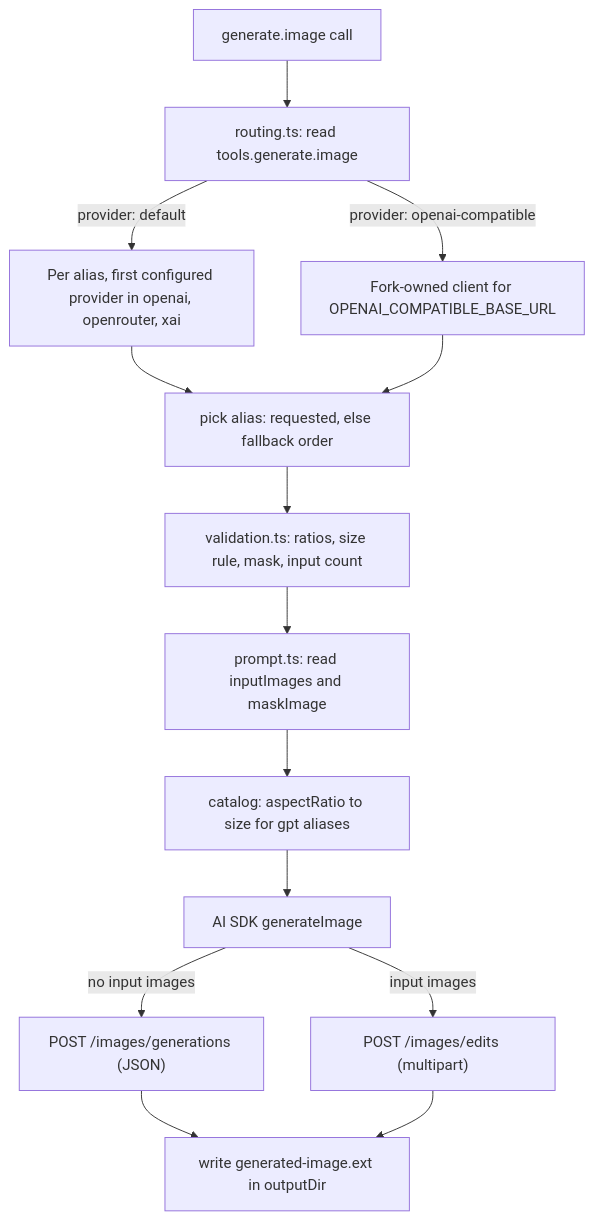
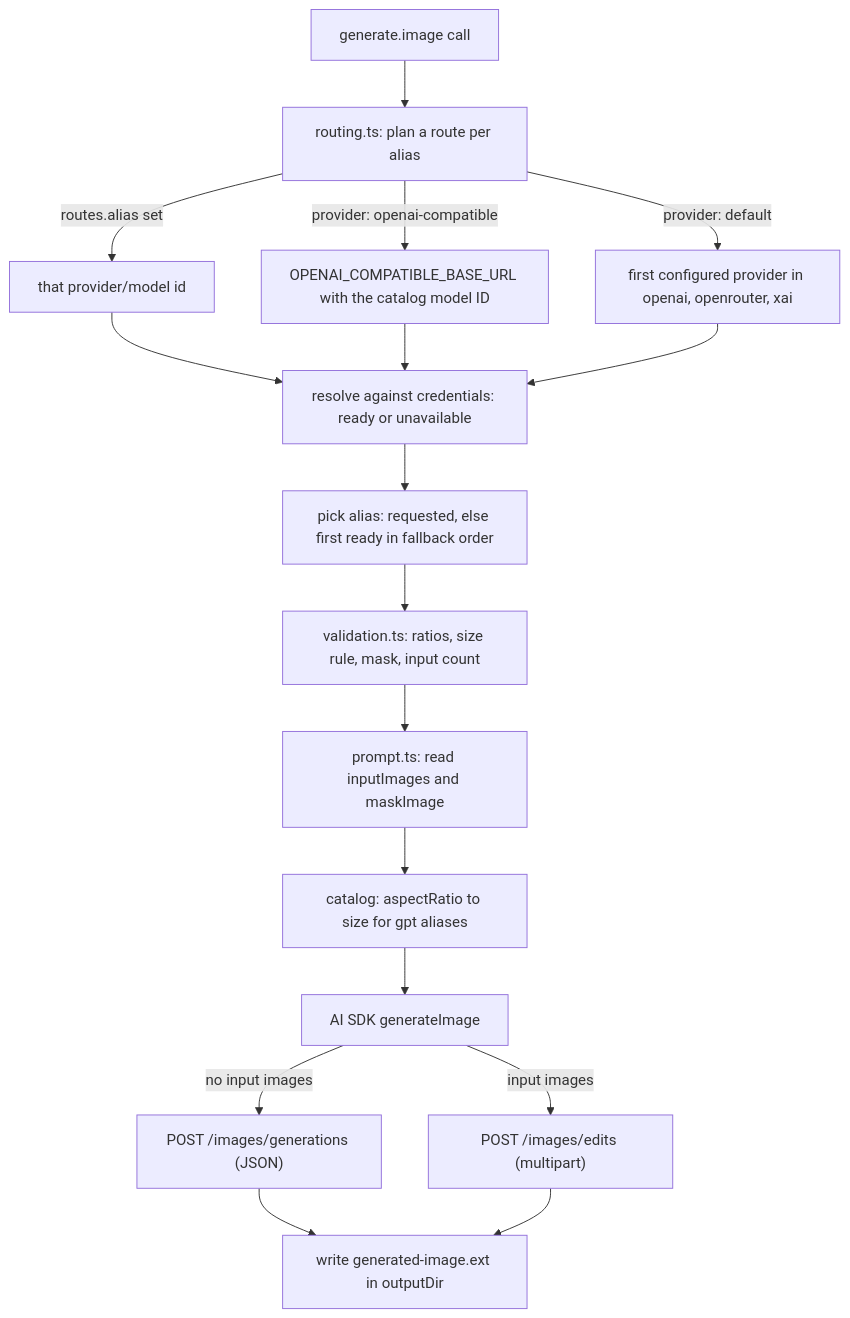
One commit to DF-wu/lilac-mono changed the diagram in docs/generate-image-openai-compatible.md. Above: the diagram before and after it, drawn with Mermaid. The commit also changed other lines of this file and 20 other files, not shown here.

First line of the commit message:
feat(generate): route image aliases with provider/model specs and return providerMetadata

````diff
--- a/docs/generate-image-openai-compatible.md
+++ b/docs/generate-image-openai-compatible.md
@@ -39,16 +41,19 @@
 ```mermaid
 flowchart TD
-    Call["generate.image call"] --> Route["routing.ts: read tools.generate.image"]
-    Route -->|provider: default| Default["Per alias, first configured provider in openai, openrouter, xai"]
-    Route -->|provider: openai-compatible| Compat["Fork-owned client for OPENAI_COMPATIBLE_BASE_URL"]
-    Default --> Pick["pick alias: requested, else fallback order"]
-    Compat --> Pick
+    Call["generate.image call"] --> Plan["routing.ts: plan a route per alias"]
+    Plan -->|routes.alias set| Explicit["that provider/model id"]
+    Plan -->|provider: openai-compatible| Bulk["OPENAI_COMPATIBLE_BASE_URL with the catalog model ID"]
+    Plan -->|provider: default| Default["first configured provider in openai, openrouter, xai"]
+    Explicit --> Resolve["resolve against credentials: ready or unavailable"]
+    Bulk --> Resolve
+    Default --> Resolve
+    Resolve --> Pick["pick alias: requested, else first ready in fallback order"]
     Pick --> Validate["validation.ts: ratios, size rule, mask, input count"]
     Validate --> Prompt["prompt.ts: read inputImages and maskImage"]
     Prompt --> Dims["catalog: aspectRatio to size for gpt aliases"]
     Dims --> Send["AI SDK generateImage"]
     Send -->|no input images| Gen["POST /images/generations (JSON)"]
     Send -->|input images| Edit["POST /images/edits (multipart)"]
     Gen --> Write["write generated-image.ext in outputDir"]
     Edit --> Write
 ```
````
